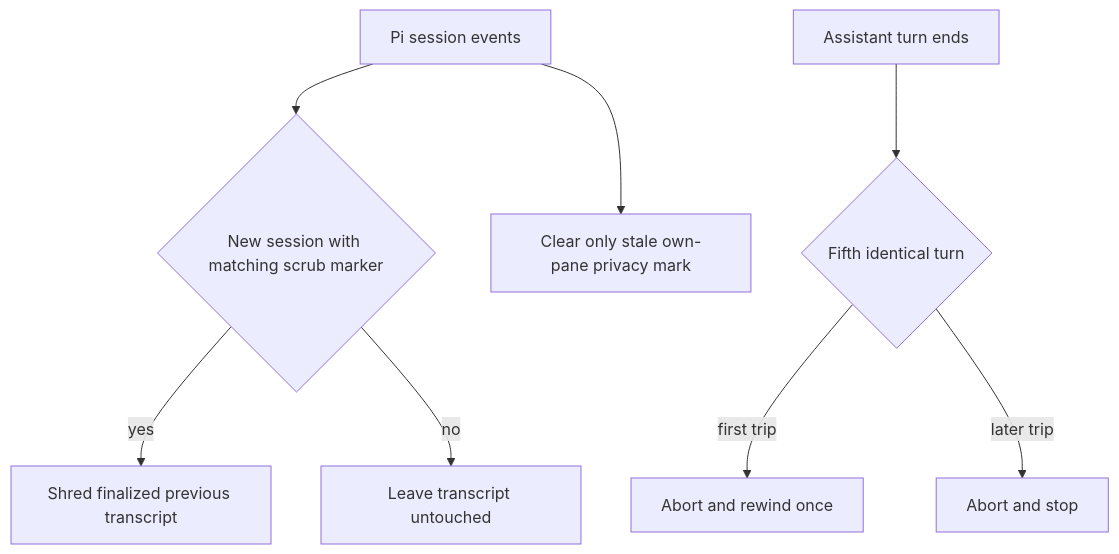
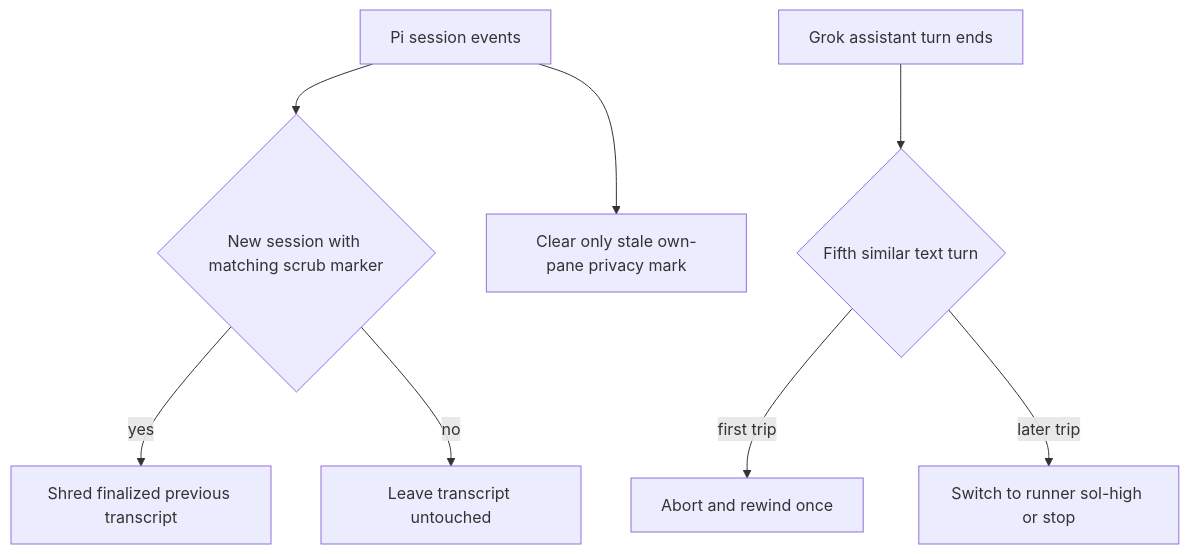
One commit to hypermemetic-ai/qq changed the diagram in openwiki/agent-runtime/session-safety.md. Above: the diagram before and after it, drawn with Mermaid. The commit also changed other lines of this file and 10 other files, not shown here.

````diff
--- a/openwiki/agent-runtime/session-safety.md
+++ b/openwiki/agent-runtime/session-safety.md
@@ -29,10 +30,10 @@
 ```mermaid
 flowchart TD
     Start["Pi session events"] --> Scrub{"New session with matching scrub marker"}
     Scrub -->|yes| Shred["Shred finalized previous transcript"]
     Scrub -->|no| Keep["Leave transcript untouched"]
     Start --> Privacy["Clear only stale own-pane privacy mark"]
-    Turn["Assistant turn ends"] --> Repeat{"Fifth identical turn"}
+    Turn["Grok assistant turn ends"] --> Repeat{"Fifth similar text turn"}
     Repeat -->|first trip| Rewind["Abort and rewind once"]
-    Repeat -->|later trip| Stop["Abort and stop"]
+    Repeat -->|later trip| Fallback["Switch to runner sol-high or stop"]
 ```
````
